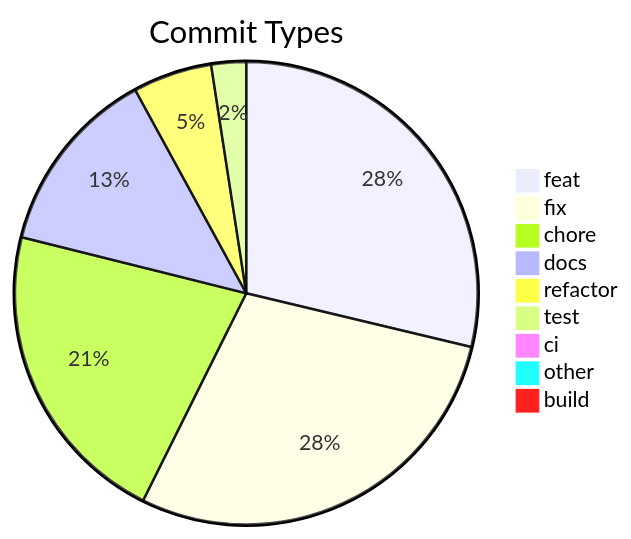
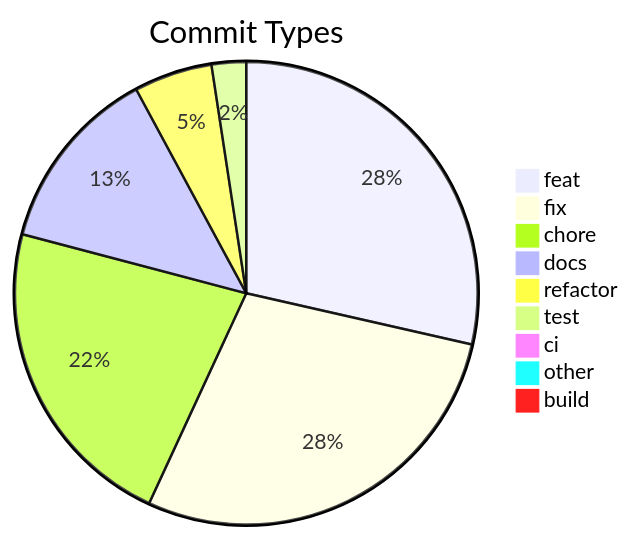
One commit to svenroth-ai/shipwright changed the diagram in .shipwright/compliance/change-history.md. Above: the diagram before and after it, drawn with Mermaid. The commit also changed other lines of this file and 6 other files, not shown here.

````diff
--- a/.shipwright/compliance/change-history.md
+++ b/.shipwright/compliance/change-history.md
@@ -8,12 +8,12 @@
 ```mermaid
 pie title Commit Types
-    "feat" : 260
+    "feat" : 261
     "fix" : 259
-    "chore" : 195
+    "chore" : 203
     "docs" : 119
     "refactor" : 50
     "test" : 22
     "ci" : 7
     "other" : 7
     "build" : 1
 ```
````
